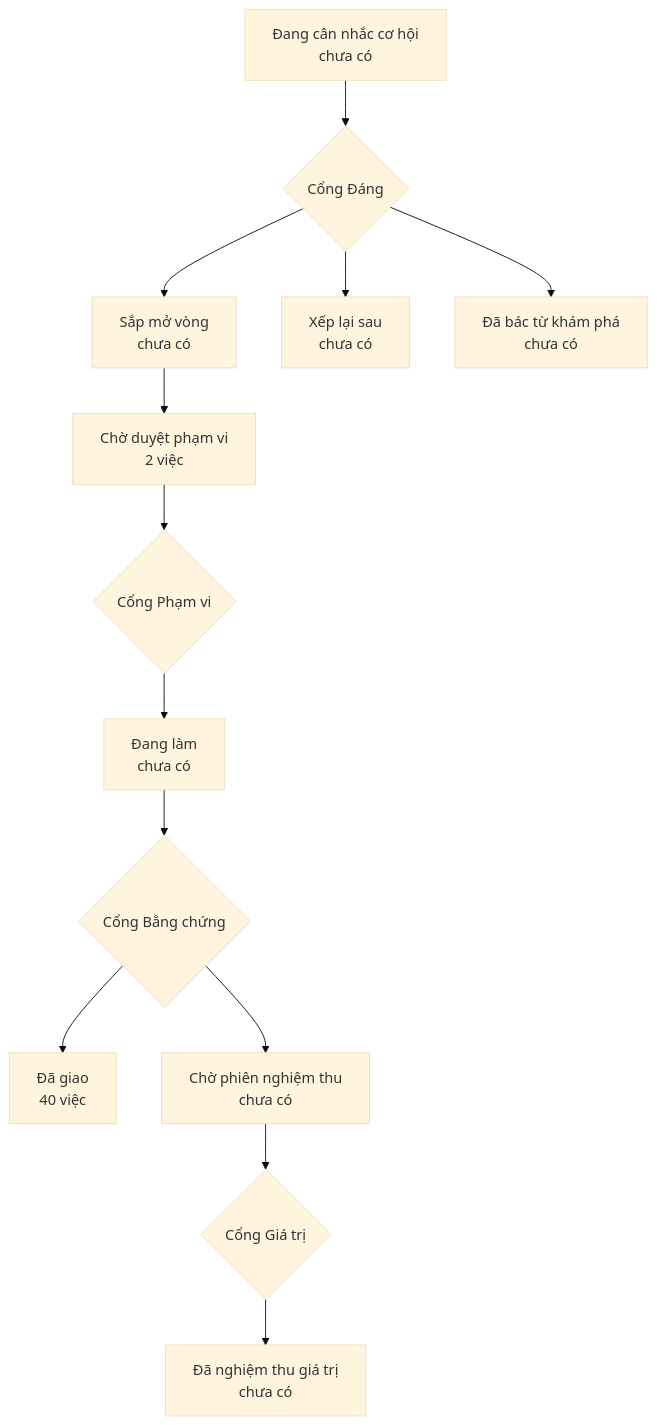
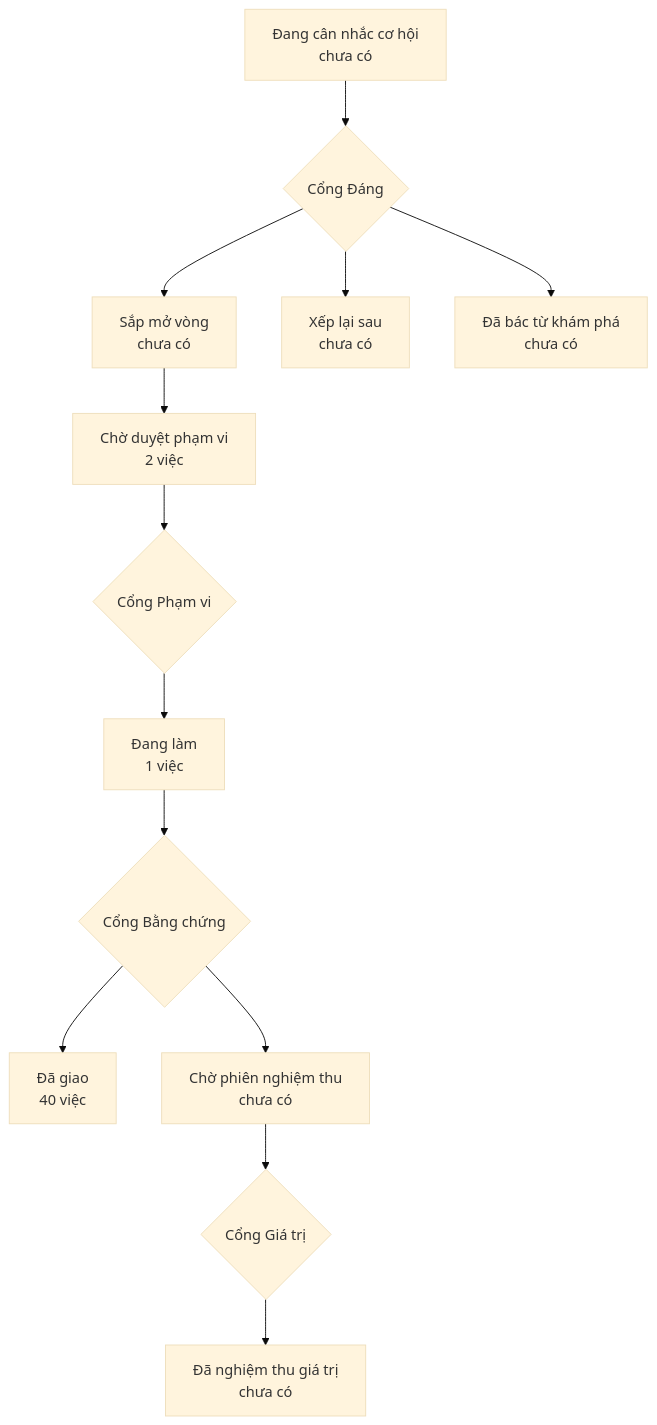
One commit to phanlemanh/acceptance-gate-kit changed the diagram in PRODUCT-MAP.md. Above: the diagram before and after it, drawn with Mermaid (base theme). The commit also changed other lines of this file and 5 other files, not shown here.

````diff
--- a/PRODUCT-MAP.md
+++ b/PRODUCT-MAP.md
@@ -6,12 +6,12 @@
 ```mermaid
 flowchart TD
   A["Đang cân nhắc cơ hội<br/>chưa có"] --> GD{"Cổng Đáng"}
   GD --> B["Sắp mở vòng<br/>chưa có"]
   GD --> XL["Xếp lại sau<br/>chưa có"]
   GD --> DB["Đã bác từ khám phá<br/>chưa có"]
   B --> CD["Chờ duyệt phạm vi<br/>2 việc"] --> GP{"Cổng Phạm vi"}
-  GP --> DL["Đang làm<br/>chưa có"] --> GB{"Cổng Bằng chứng"}
+  GP --> DL["Đang làm<br/>1 việc"] --> GB{"Cổng Bằng chứng"}
   GB --> DG["Đã giao<br/>40 việc"]
   GB --> CN["Chờ phiên nghiệm thu<br/>chưa có"] --> GG{"Cổng Giá trị"}
   GG --> NT["Đã nghiệm thu giá trị<br/>chưa có"]
 ```
````
